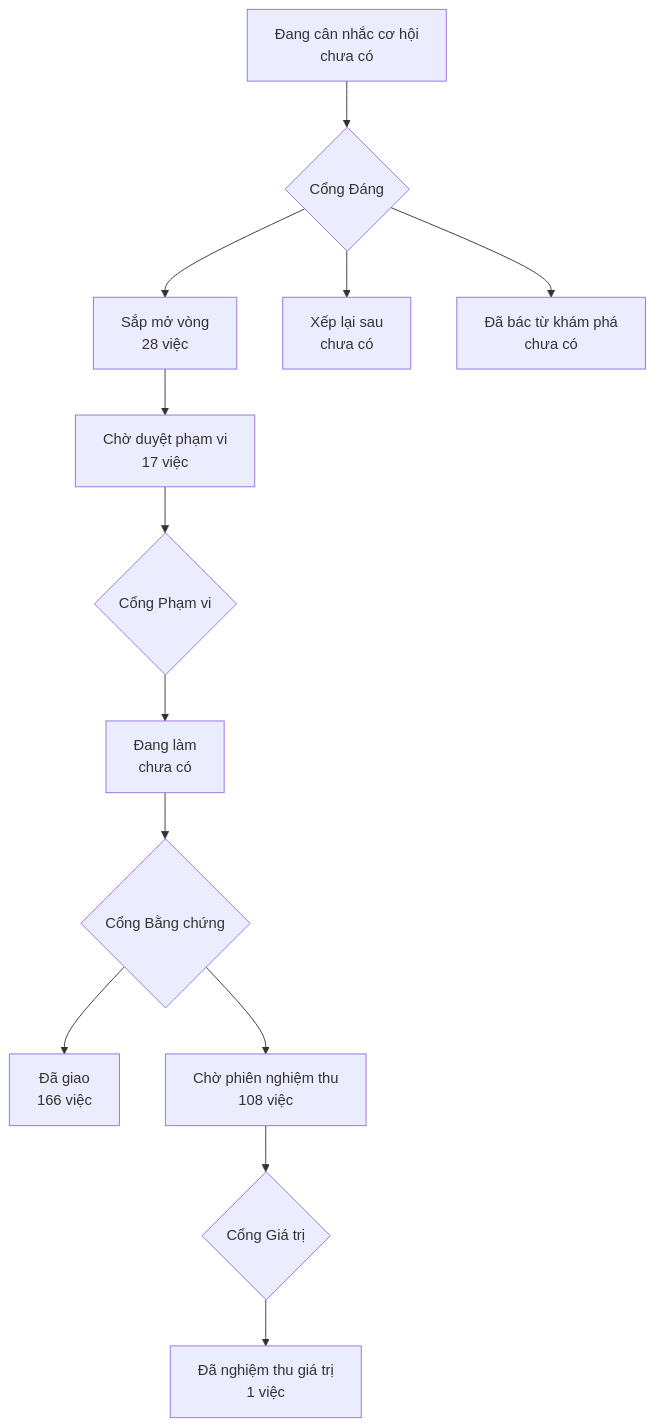
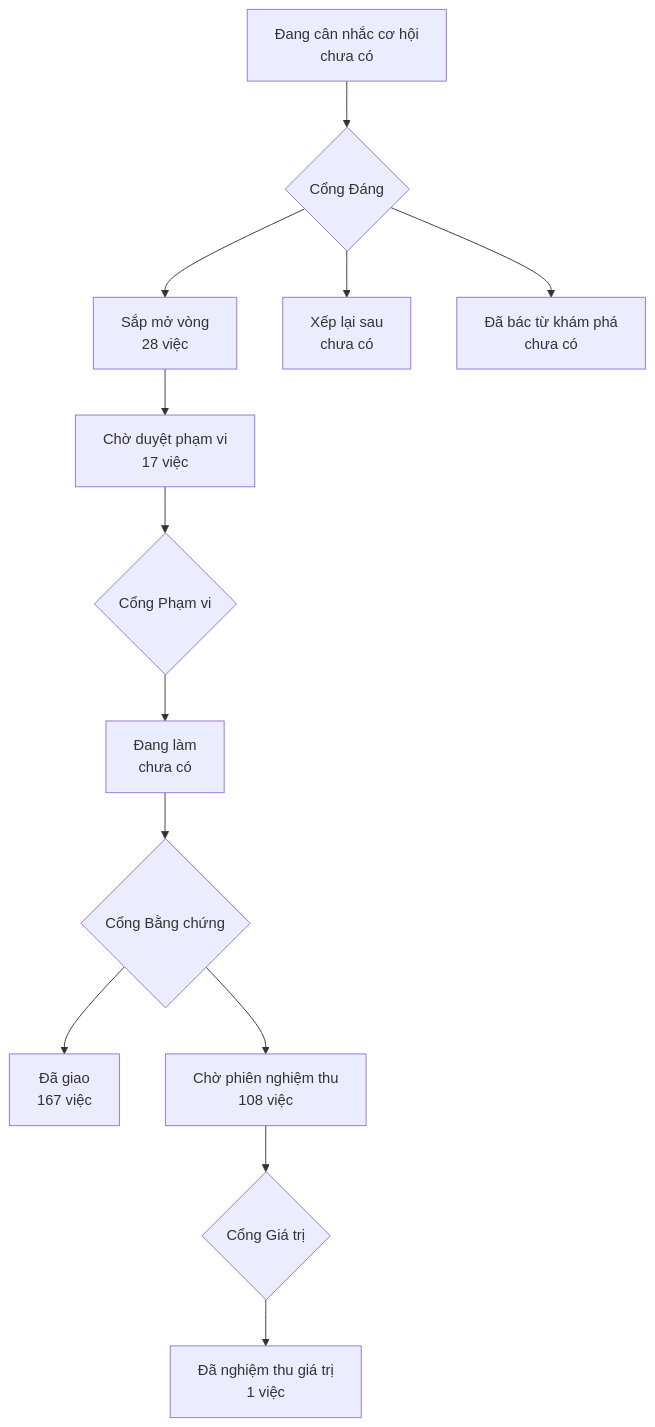
One commit to phanlemanh/onehub-invest changed the diagram in PRODUCT-MAP.md. Above: the diagram before and after it, drawn with Mermaid. The commit also changed other lines of this file and 12 other files, not shown here.

````diff
--- a/PRODUCT-MAP.md
+++ b/PRODUCT-MAP.md
@@ -7,12 +7,12 @@
 ```mermaid
 flowchart TD
   A["Đang cân nhắc cơ hội<br/>chưa có"] --> GD{"Cổng Đáng"}
   GD --> B["Sắp mở vòng<br/>28 việc"]
   GD --> XL["Xếp lại sau<br/>chưa có"]
   GD --> DB["Đã bác từ khám phá<br/>chưa có"]
   B --> CD["Chờ duyệt phạm vi<br/>17 việc"] --> GP{"Cổng Phạm vi"}
   GP --> DL["Đang làm<br/>chưa có"] --> GB{"Cổng Bằng chứng"}
-  GB --> DG["Đã giao<br/>166 việc"]
+  GB --> DG["Đã giao<br/>167 việc"]
   GB --> CN["Chờ phiên nghiệm thu<br/>108 việc"] --> GG{"Cổng Giá trị"}
   GG --> NT["Đã nghiệm thu giá trị<br/>1 việc"]
 ```
````
